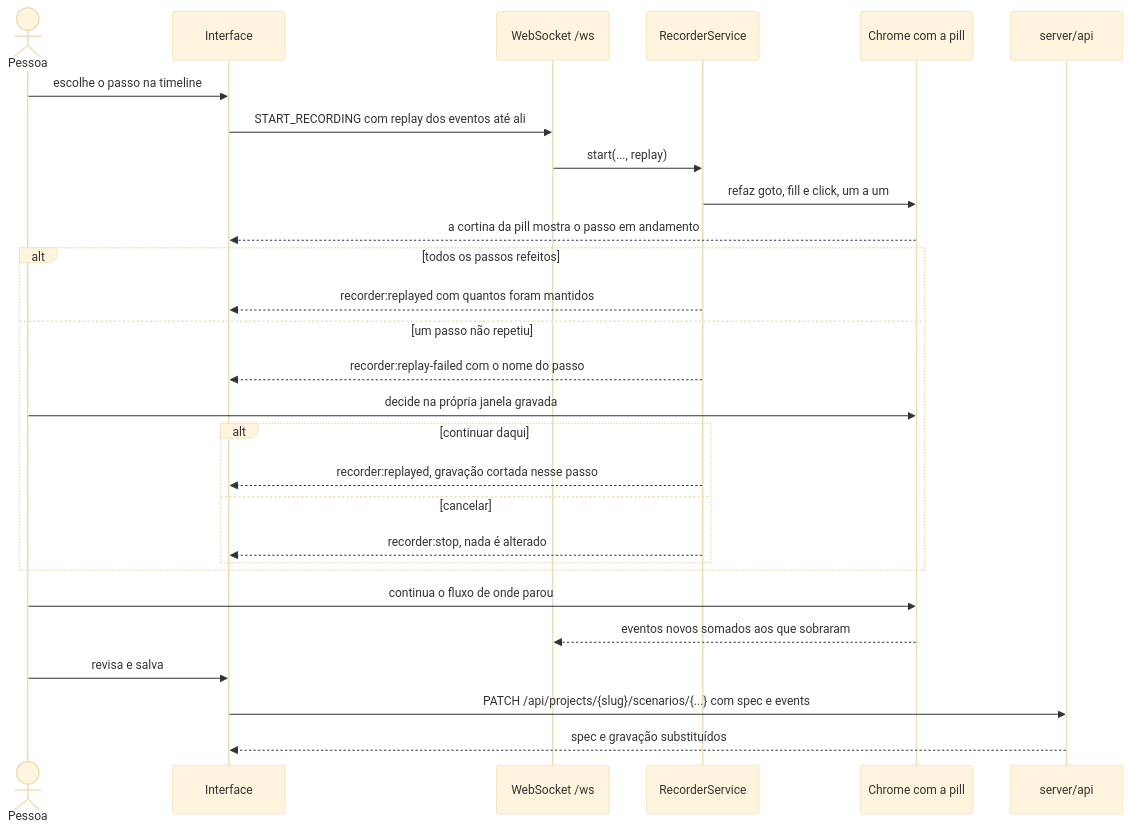
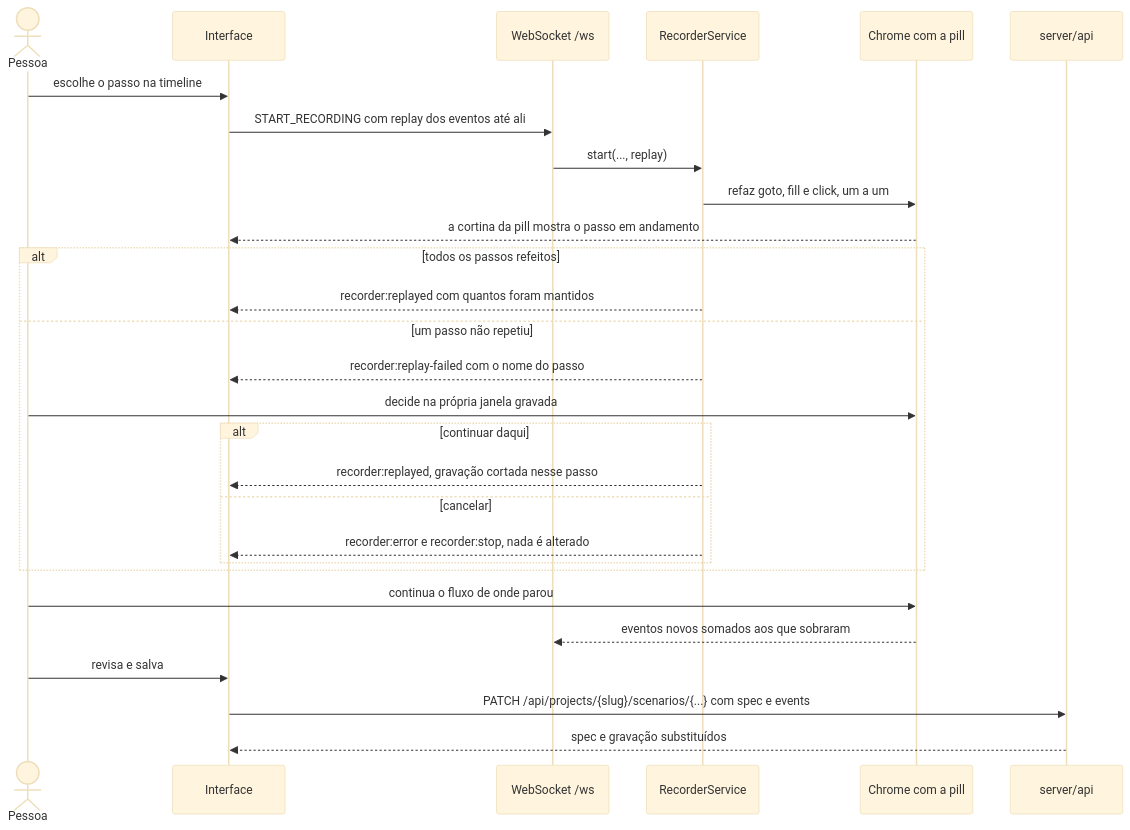
Before and after one commit to KauanCalheiro/acutis: diagram 14 of 28 in docs/DIAGRAMS/SEQUENCE-DIAGRAMS.md, drawn with Mermaid (base theme). The commit also changed other lines of this file and 7 other files, not shown here.

````diff
--- a/docs/DIAGRAMS/SEQUENCE-DIAGRAMS.md
+++ b/docs/DIAGRAMS/SEQUENCE-DIAGRAMS.md
@@ -267,33 +521,33 @@
 ```mermaid
 sequenceDiagram
   actor Pessoa
   participant App as Interface
   participant WS as WebSocket /ws
   participant R as RecorderService
   participant Nav as Chrome com a pill
   participant API as server/api
 
   Pessoa->>App: escolhe o passo na timeline
   App->>WS: START_RECORDING com replay dos eventos até ali
   WS->>R: start(..., replay)
   R->>Nav: refaz goto, fill e click, um a um
   Nav-->>App: a cortina da pill mostra o passo em andamento
 
   alt todos os passos refeitos
     R-->>App: recorder:replayed com quantos foram mantidos
   else um passo não repetiu
     R-->>App: recorder:replay-failed com o nome do passo
     Pessoa->>Nav: decide na própria janela gravada
     alt continuar daqui
       R-->>App: recorder:replayed, gravação cortada nesse passo
     else cancelar
-      R-->>App: recorder:stop, nada é alterado
+      R-->>App: recorder:error e recorder:stop, nada é alterado
     end
   end
 
   Pessoa->>Nav: continua o fluxo de onde parou
   Nav-->>WS: eventos novos somados aos que sobraram
   Pessoa->>App: revisa e salva
   App->>API: PATCH /api/projects/{slug}/scenarios/{...} com spec e events
   API-->>App: spec e gravação substituídos
 ```
````
